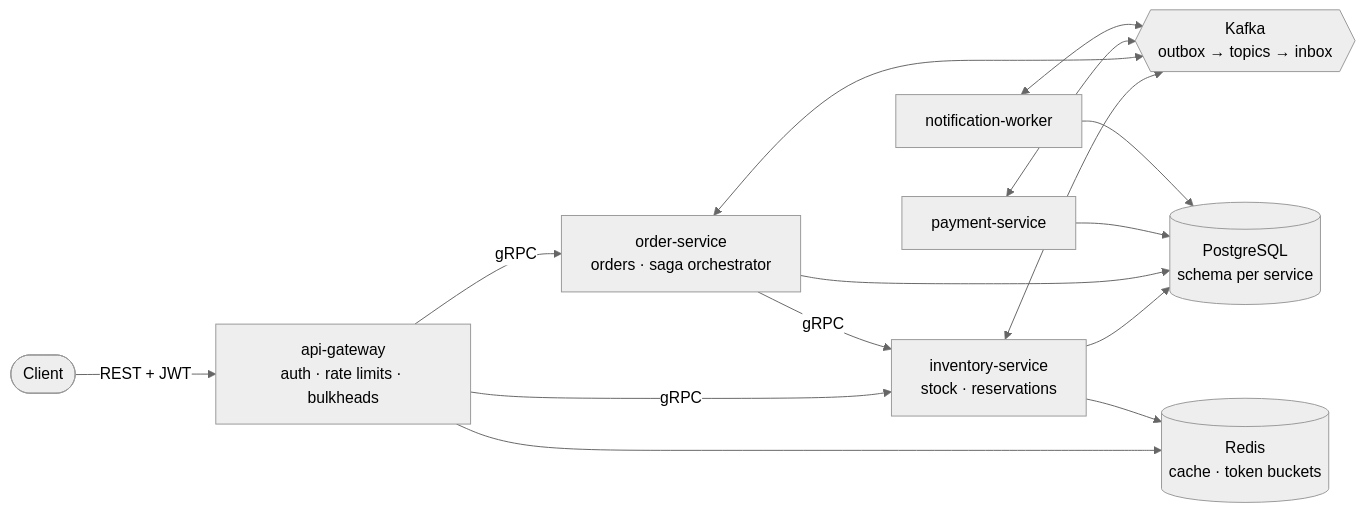
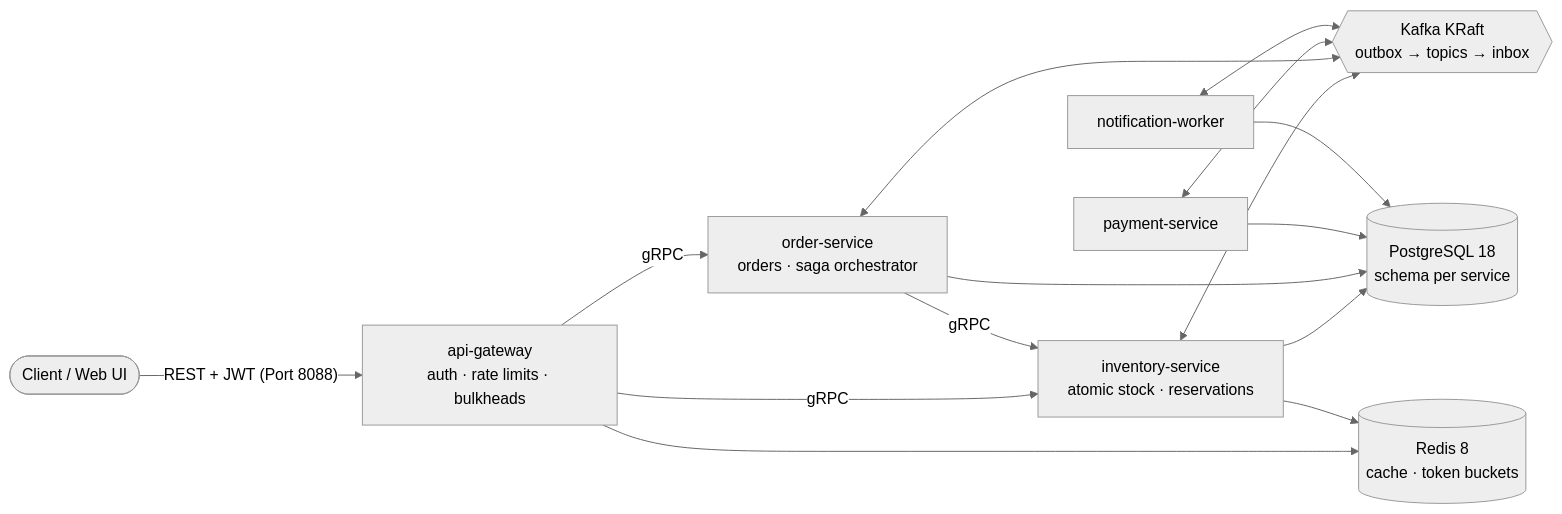
Before and after one commit to madhawaawishka/StockForge: the diagram in README.md, drawn with Mermaid (neutral theme). The commit also changed other lines of this file and 7 other files, not shown here.

````diff
--- a/README.md
+++ b/README.md
@@ -25,10 +91,10 @@
 ```mermaid
 flowchart LR
-    client(["Client"]) -- "REST + JWT" --> gw["api-gateway<br/>auth · rate limits · bulkheads"]
-    gw -- gRPC --> inv["inventory-service<br/>stock · reservations"]
+    client(["Client / Web UI"]) -- "REST + JWT (Port 8088)" --> gw["api-gateway<br/>auth · rate limits · bulkheads"]
+    gw -- gRPC --> inv["inventory-service<br/>atomic stock · reservations"]
     gw -- gRPC --> ord["order-service<br/>orders · saga orchestrator"]
     ord -- gRPC --> inv
-    inv & ord & pay["payment-service"] & ntf["notification-worker"] <--> kafka{{"Kafka<br/>outbox → topics → inbox"}}
-    inv & ord & pay & ntf --> pg[("PostgreSQL<br/>schema per service")]
-    gw & inv --> redis[("Redis<br/>cache · token buckets")]
+    inv & ord & pay["payment-service"] & ntf["notification-worker"] <--> kafka{{"Kafka KRaft<br/>outbox → topics → inbox"}}
+    inv & ord & pay & ntf --> pg[("PostgreSQL 18<br/>schema per service")]
+    gw & inv --> redis[("Redis 8<br/>cache · token buckets")]
 ```
````
